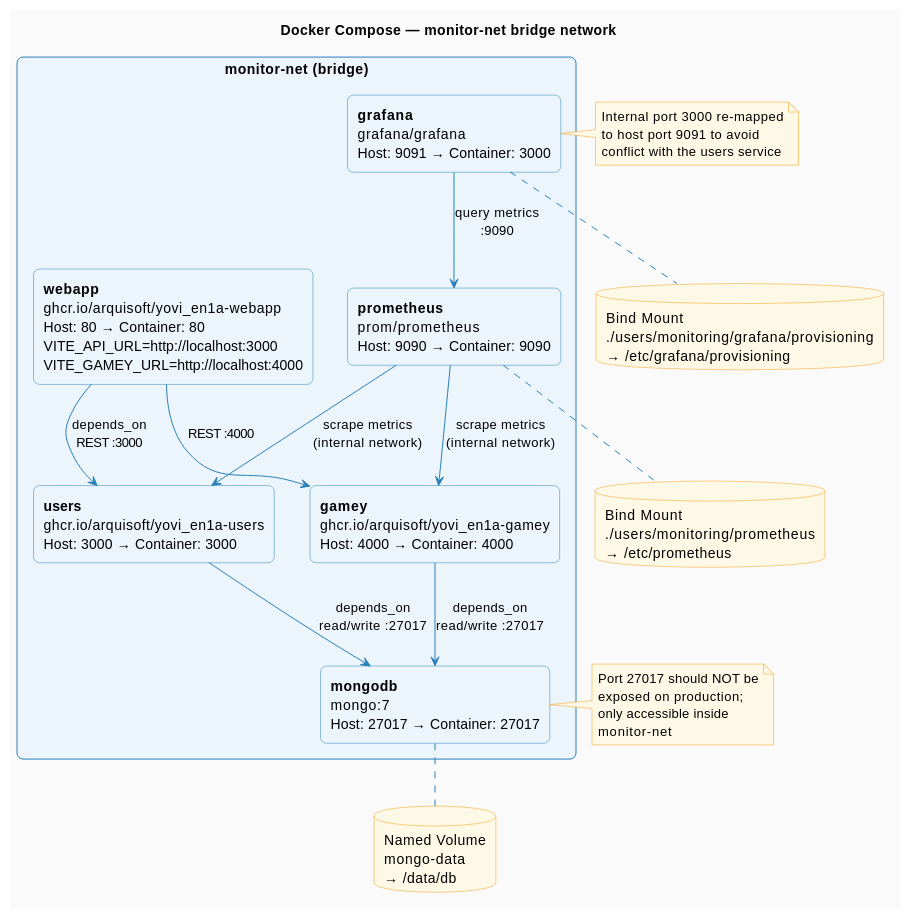
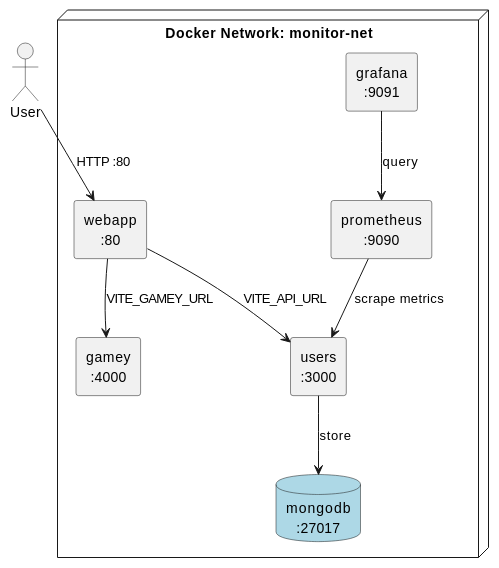
Before and after one commit to Arquisoft/yovi_en1a: the second of 2 diagrams in docs/src/07_deployment_view.adoc, drawn with PlantUML. The commit also changed other lines of this file, not shown here.

Commit message:
fixed point 7 deployment view diagrams and information

```diff
--- a/docs/src/07_deployment_view.adoc
+++ b/docs/src/07_deployment_view.adoc
@@ -59,66 +65,30 @@
 [plantuml, level2-docker, svg]
 ----
 @startuml
-skinparam backgroundColor #FAFAFA
-skinparam rectangle {
-  BackgroundColor #EBF5FB
-  BorderColor #2980B9
-  RoundCorner 12
-}
-skinparam database {
-  BackgroundColor #FEF9E7
-  BorderColor #F39C12
-}
-skinparam ArrowColor #2980B9
-skinparam NoteBorderColor #F39C12
-skinparam NoteBackgroundColor #FEF9E7
+skinparam componentStyle rectangle
+skinparam defaultTextAlignment center
 
-title Docker Compose — monitor-net bridge network
+actor User
 
-rectangle "monitor-net (bridge)" {
+node "Docker Network: monitor-net" {
 
-  rectangle "**webapp**\nghcr.io/arquisoft/yovi_en1a-webapp\nHost: 80 → Container: 80\nVITE_API_URL=http://localhost:3000\nVITE_GAMEY_URL=http://localhost:4000" as webapp
-
-  rectangle "**users**\nghcr.io/arquisoft/yovi_en1a-users\nHost: 3000 → Container: 3000" as users
-
-  rectangle "**gamey**\nghcr.io/arquisoft/yovi_en1a-gamey\nHost: 4000 → Container: 4000" as gamey
-
-  rectangle "**mongodb**\nmongo:7\nHost: 27017 → Container: 27017" as mongodb
-
-  rectangle "**prometheus**\nprom/prometheus\nHost: 9090 → Container: 9090" as prometheus
-
-  rectangle "**grafana**\ngrafana/grafana\nHost: 9091 → Container: 3000" as grafana
+  component "webapp\n:80" as webapp
+  component "users\n:3000" as users
+  component "gamey\n:4000" as gamey
+  database  "mongodb\n:27017" as mongo #lightblue
+  component "prometheus\n:9090" as prometheus
+  component "grafana\n:9091" as grafana
 
 }
 
-database "Named Volume\nmongo-data\n→ /data/db" as mongovol
-database "Bind Mount\n./users/monitoring/prometheus\n→ /etc/prometheus" as pmount
-database "Bind Mount\n./users/monitoring/grafana/provisioning\n→ /etc/grafana/provisioning" as gmount
+User --> webapp : HTTP :80
 
-webapp     --> users      : depends_on\nREST :3000
-webapp     --> gamey      : REST :4000
-users      --> mongodb    : depends_on\nread/write :27017
-gamey      --> mongodb    : depends_on\nread/write :27017
-prometheus --> users      : scrape metrics\n(internal network)
-prometheus --> gamey      : scrape metrics\n(internal network)
-grafana    --> prometheus : query metrics\n:9090
+webapp --> users  : VITE_API_URL
+webapp --> gamey  : VITE_GAMEY_URL
+users  --> mongo  : store
 
-mongodb .. mongovol
-prometheus .. pmount
-grafana    .. gmount
-
-note right of grafana
-  Internal port 3000 re-mapped
-  to host port 9091 to avoid
-  conflict with the users service
-end note
-
-note right of mongodb
-  Port 27017 should NOT be
-  exposed on production;
-  only accessible inside
-  monitor-net
-end note
+prometheus --> users     : scrape metrics
+grafana    --> prometheus : query
 
 @enduml
 ----
```
